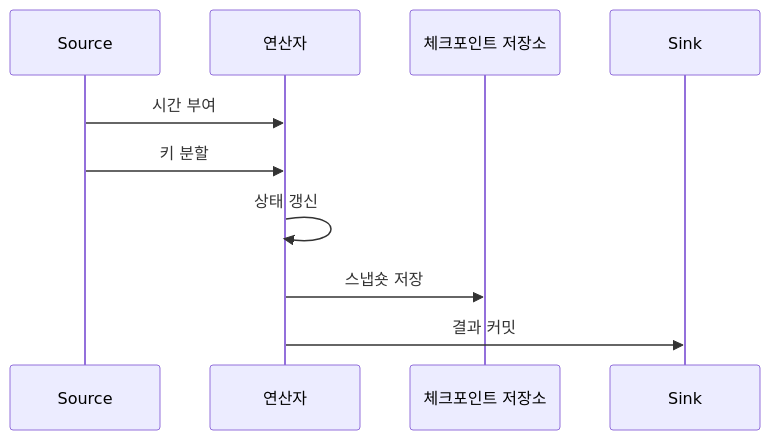
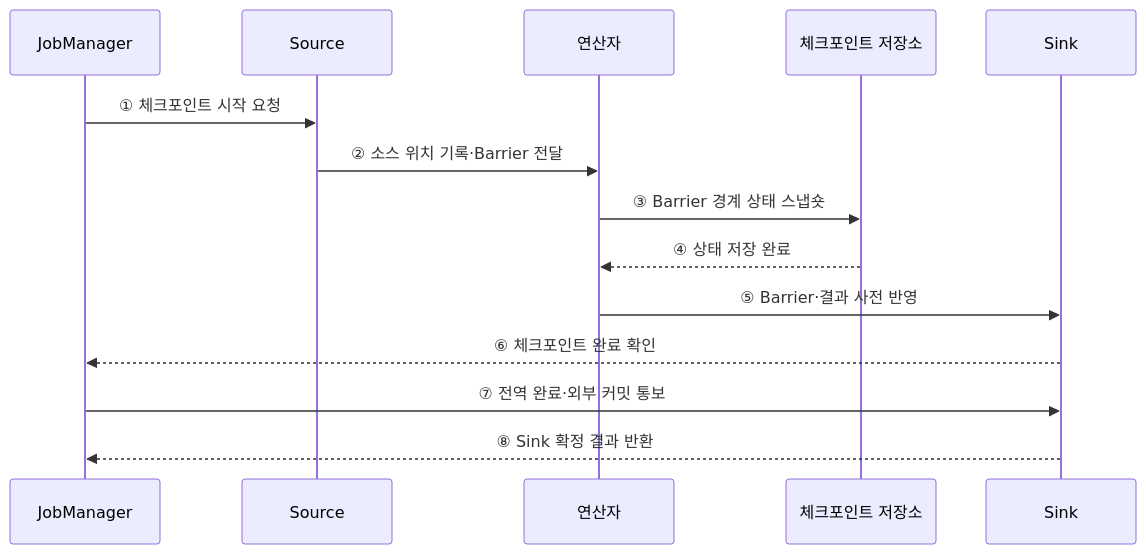
One commit to agnusdei1207/knowledge-base changed the second of 2 diagrams in src/content/docs/notes/03-software/120_apache_flink.md. Above: the diagram before and after it, drawn with Mermaid. The commit also changed other lines of this file and 20 other files, not shown here.

````diff
--- a/src/content/docs/notes/03-software/120_apache_flink.md
+++ b/src/content/docs/notes/03-software/120_apache_flink.md
@@ -94,12 +82,16 @@
 ```mermaid
 sequenceDiagram
+    participant J as JobManager
     participant S as Source
     participant O as 연산자
     participant C as 체크포인트 저장소
     participant K as Sink
-    S->>O: 시간 부여
-    S->>O: 키 분할
-    O->>O: 상태 갱신
-    O->>C: 스냅숏 저장
-    O->>K: 결과 커밋
+    J->>S: ① 체크포인트 시작 요청
+    S->>O: ② 소스 위치 기록·Barrier 전달
+    O->>C: ③ Barrier 경계 상태 스냅숏
+    C-->>O: ④ 상태 저장 완료
+    O->>K: ⑤ Barrier·결과 사전 반영
+    K-->>J: ⑥ 체크포인트 완료 확인
+    J->>K: ⑦ 전역 완료·외부 커밋 통보
+    K-->>J: ⑧ Sink 확정 결과 반환
 ```
````
